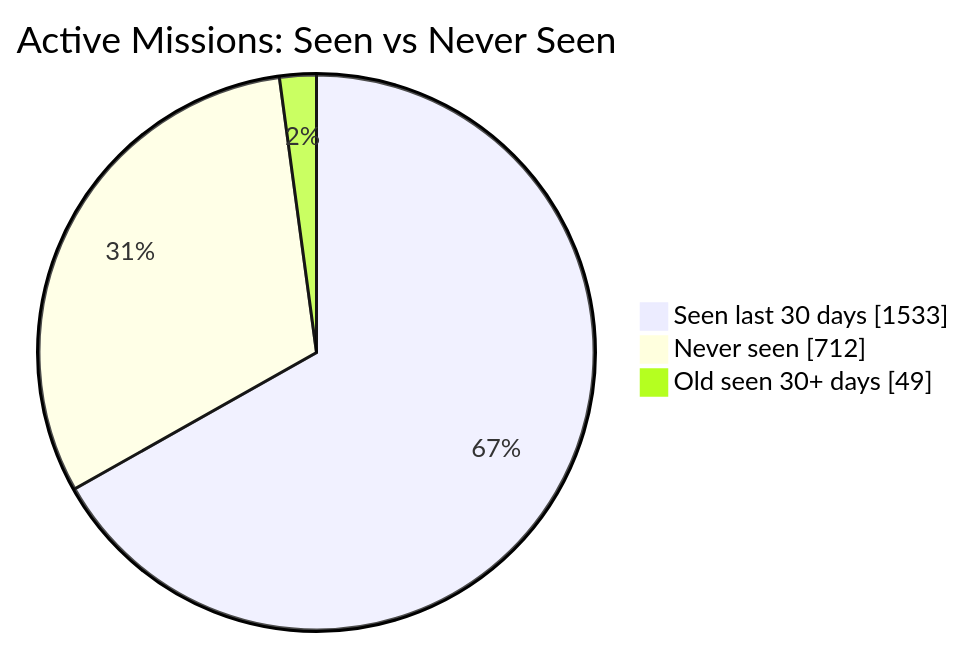
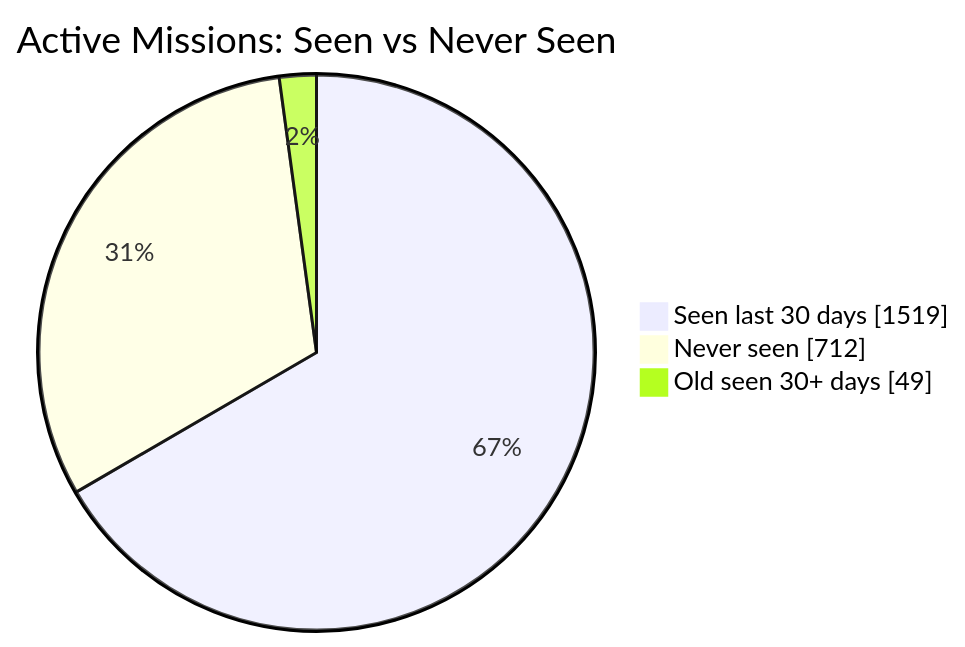
One commit to MeldkamerspelGameTeam/active-missions changed the first of 2 diagrams in README.md. Above: the diagram before and after it, drawn with Mermaid. The commit also changed other lines of this file and 7 other files, not shown here.

````diff
--- a/README.md
+++ b/README.md
@@ -34,7 +34,7 @@
 ```mermaid
 pie showData
     title Active Missions: Seen vs Never Seen
-    "Seen last 30 days" : 1533
+    "Seen last 30 days" : 1519
     "Never seen" : 712
     "Old seen 30+ days" : 49
 ```
````
